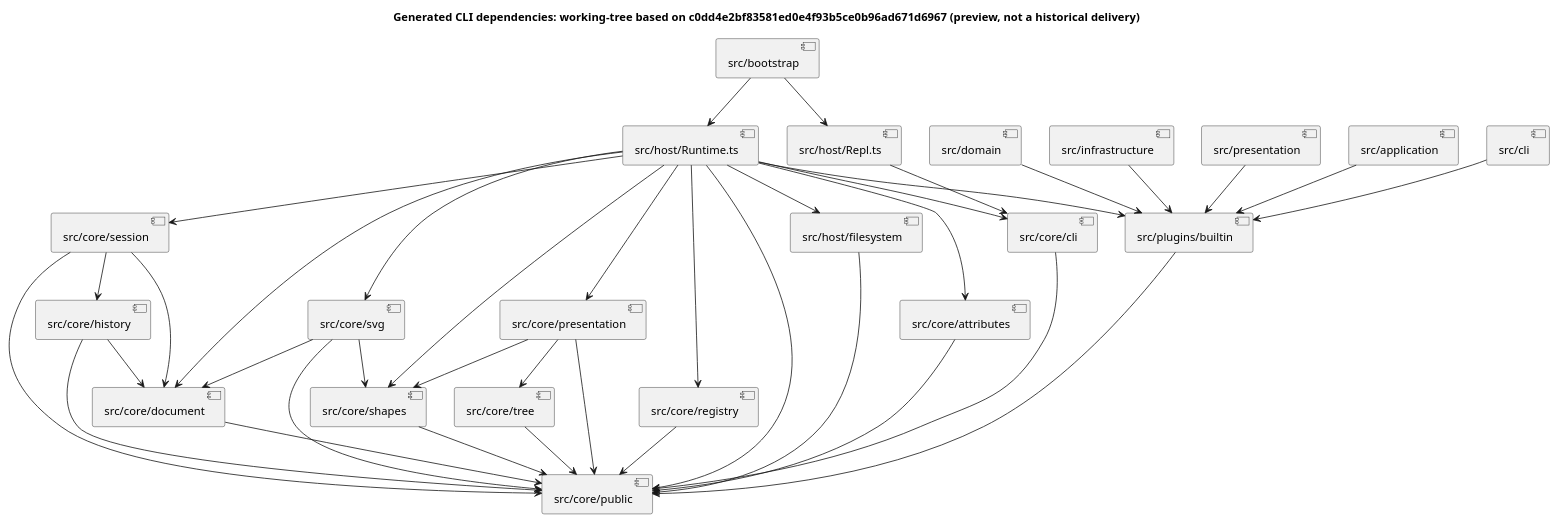
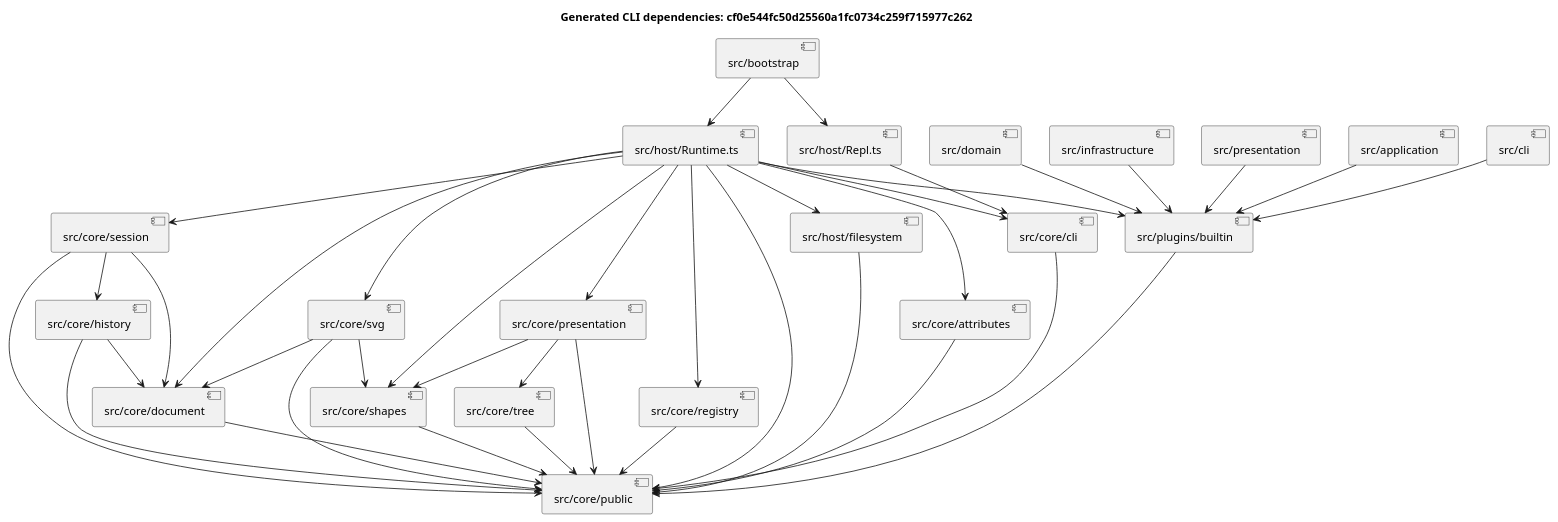
Before and after one commit to DiDeuterium/Software-Design-PJ-1: the diagram in docs/metrics/after.puml, drawn with PlantUML. The commit also changed 2 other files, not shown here.

```diff
--- a/docs/metrics/after.puml
+++ b/docs/metrics/after.puml
@@ -1,62 +1,62 @@
 @startuml
-title Generated CLI dependencies: working-tree based on c0dd4e2bf83581ed0e4f93b5ce0b96ad671d6967 (preview, not a historical delivery)
+title Generated CLI dependencies: cf0e544fc50d25560a1fc0734c259f715977c262
 component "src/application" as M0
 component "src/bootstrap" as M1
 component "src/cli" as M2
 component "src/core/attributes" as M3
 component "src/core/cli" as M4
 component "src/core/document" as M5
 component "src/core/history" as M6
 component "src/core/presentation" as M7
 component "src/core/public" as M8
 component "src/core/registry" as M9
 component "src/core/session" as M10
 component "src/core/shapes" as M11
 component "src/core/svg" as M12
 component "src/core/tree" as M13
 component "src/domain" as M14
 component "src/host/Repl.ts" as M15
 component "src/host/Runtime.ts" as M16
 component "src/host/filesystem" as M17
 component "src/infrastructure" as M18
 component "src/plugins/builtin" as M19
 component "src/presentation" as M20
 M0 --> M19
 M1 --> M15
 M1 --> M16
 M10 --> M5
 M10 --> M6
 M10 --> M8
 M11 --> M8
 M12 --> M11
 M12 --> M5
 M12 --> M8
 M13 --> M8
 M14 --> M19
 M15 --> M4
 M16 --> M10
 M16 --> M11
 M16 --> M12
 M16 --> M17
 M16 --> M19
 M16 --> M3
 M16 --> M4
 M16 --> M5
 M16 --> M7
 M16 --> M8
 M16 --> M9
 M17 --> M8
 M18 --> M19
 M19 --> M8
 M2 --> M19
 M20 --> M19
 M3 --> M8
 M4 --> M8
 M5 --> M8
 M6 --> M5
 M6 --> M8
 M7 --> M11
 M7 --> M13
 M7 --> M8
 M9 --> M8
 @enduml
```
